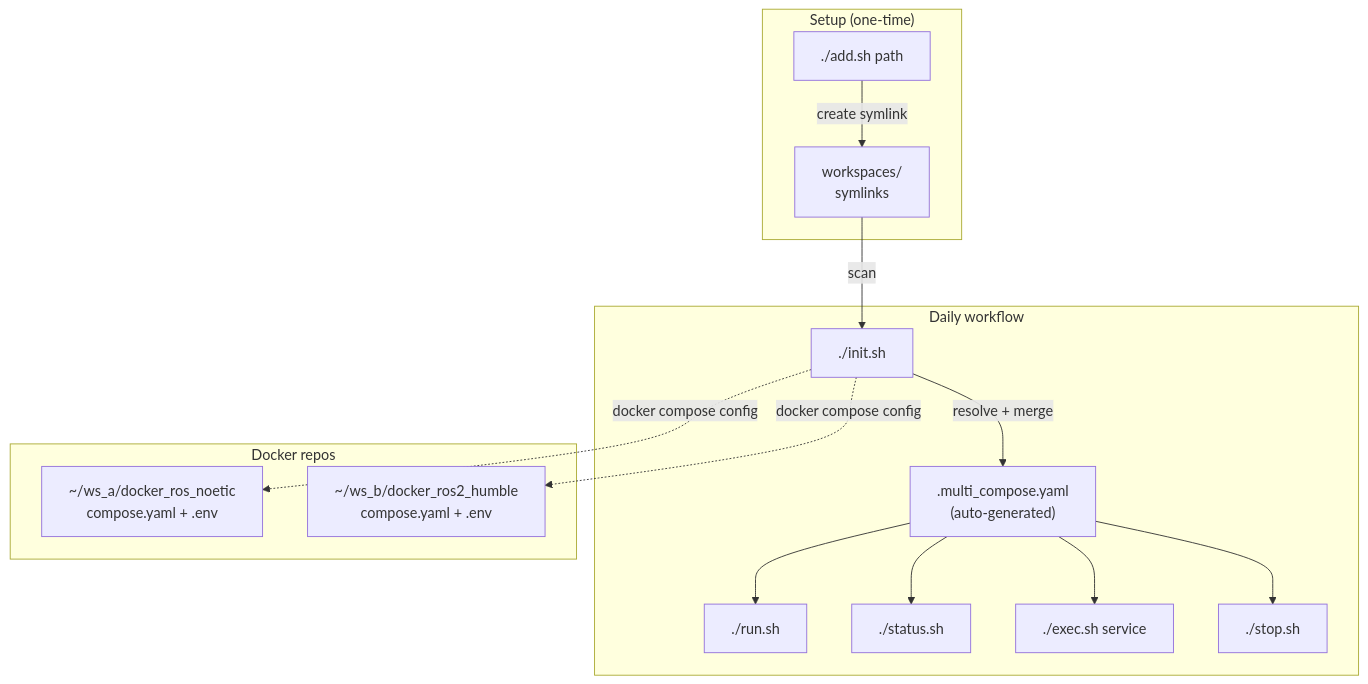
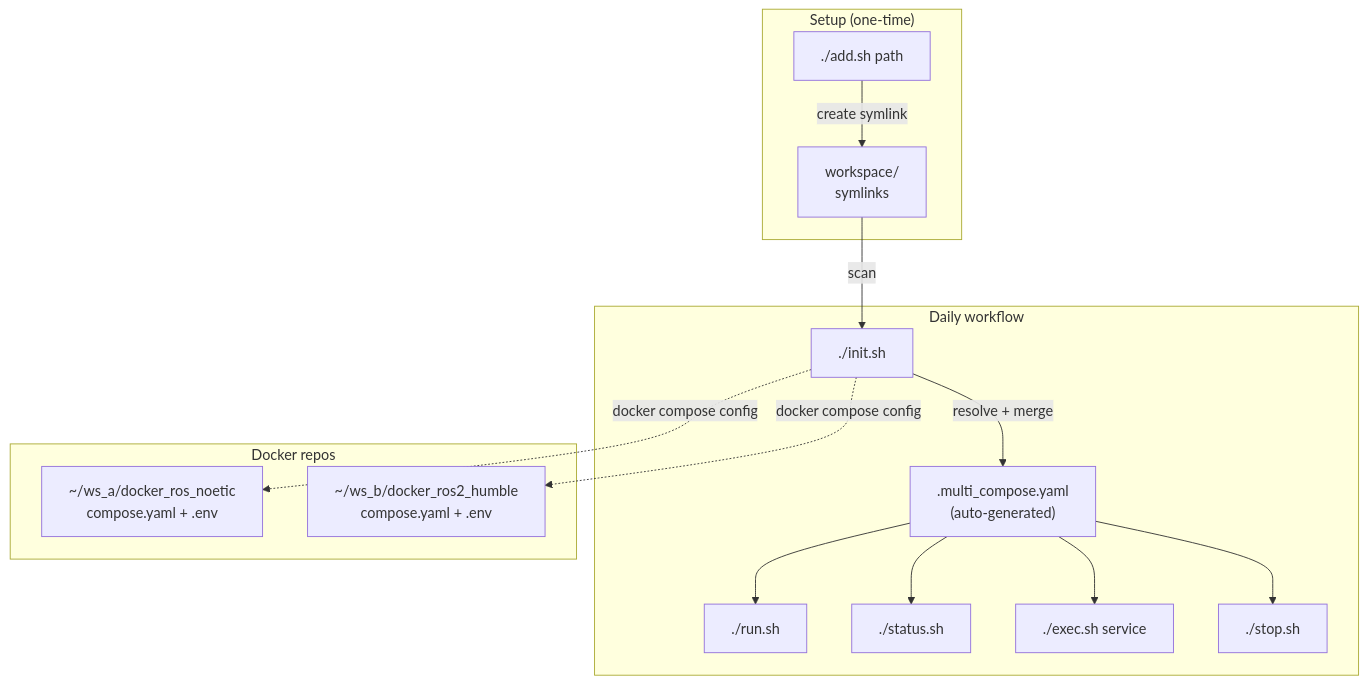
One commit to ycpss91255-docker/multi_run changed the diagram in README.md. Above: the diagram before and after it, drawn with Mermaid. The commit also changed other lines of this file and 19 other files, not shown here.

First line of the commit message:
refactor: rename scripts/ → script/, workspaces/ → workspace/

````diff
--- a/README.md
+++ b/README.md
@@ -159,32 +159,32 @@
 ```mermaid
 flowchart TD
     subgraph "Setup (one-time)"
         add["./add.sh path"]
-        ws["workspaces/<br/>symlinks"]
+        ws["workspace/<br/>symlinks"]
         add -->|"create symlink"| ws
     end
 
     subgraph "Daily workflow"
         init["./init.sh"]
         compose[".multi_compose.yaml<br/>(auto-generated)"]
         run["./run.sh"]
         status["./status.sh"]
         exec["./exec.sh service"]
         stop["./stop.sh"]
 
         ws -->|"scan"| init
         init -->|"resolve + merge"| compose
         compose --> run
         compose --> status
         compose --> exec
         compose --> stop
     end
 
     subgraph "Docker repos"
         repo_a["~/ws_a/docker_ros_noetic<br/>compose.yaml + .env"]
         repo_b["~/ws_b/docker_ros2_humble<br/>compose.yaml + .env"]
     end
 
     init -.->|"docker compose config"| repo_a
     init -.->|"docker compose config"| repo_b
 ```
````
